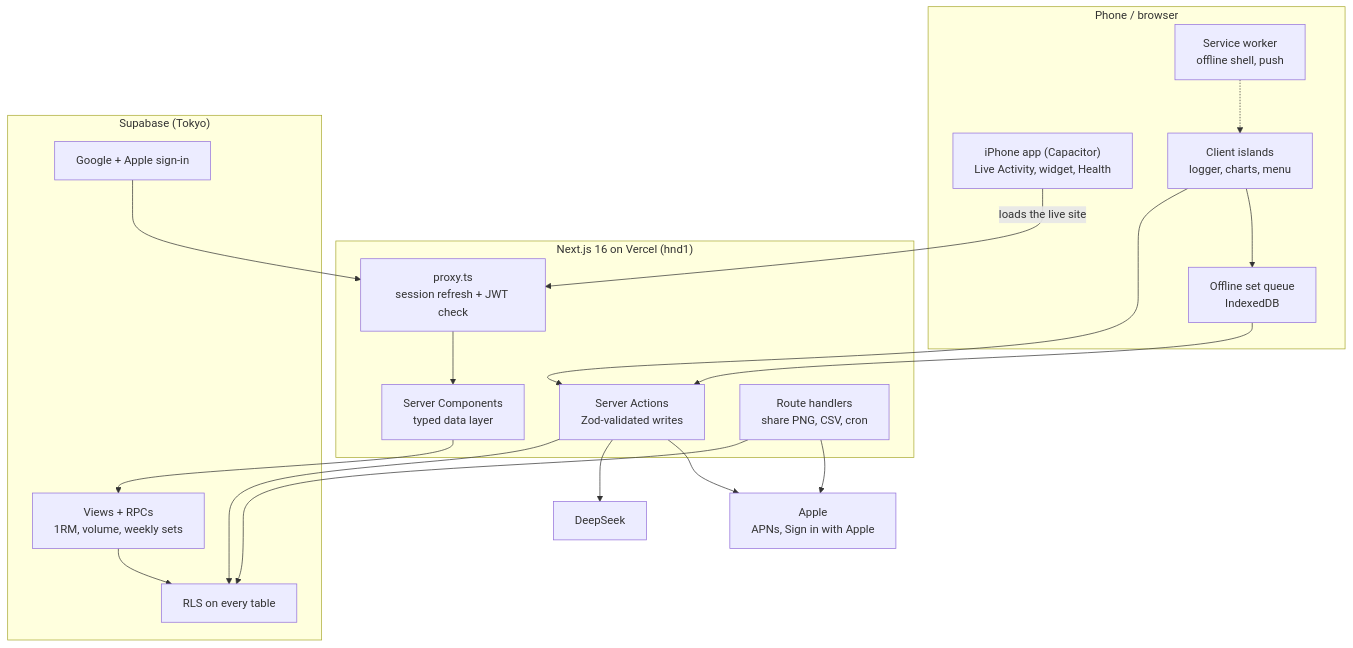
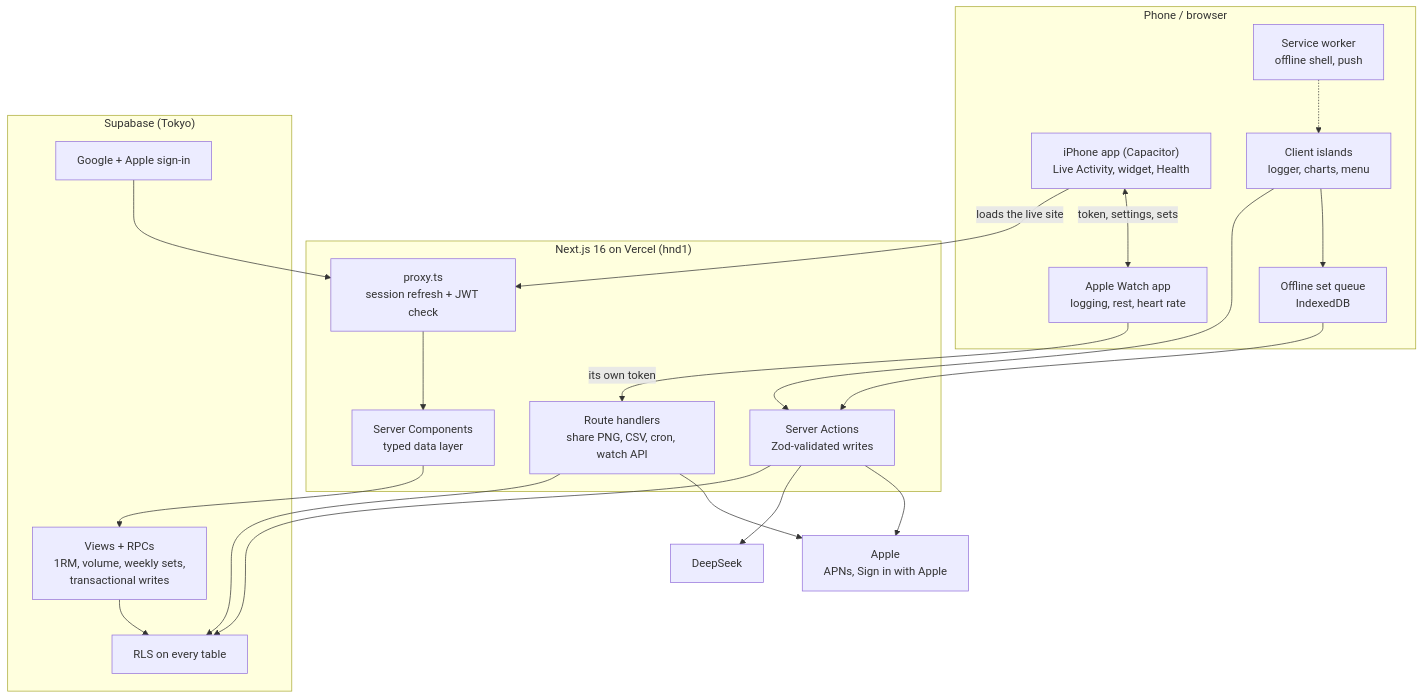
One commit to ckakkar/hellblazer changed the diagram in README.md. Above: the diagram before and after it, drawn with Mermaid. The commit also changed other lines of this file, not shown here.

First line of the commit message:
README: the watch app, 1.2, CI, and the schema in the repo

````diff
--- a/README.md
+++ b/README.md
@@ -207,40 +210,43 @@
 ```mermaid
 flowchart TD
     subgraph Client["Phone / browser"]
         IOS["iPhone app (Capacitor)<br/>Live Activity, widget, Health"]
+        WATCH["Apple Watch app<br/>logging, rest, heart rate"]
         SW["Service worker<br/>offline shell, push"]
         Q["Offline set queue<br/>IndexedDB"]
         UI["Client islands<br/>logger, charts, menu"]
     end
 
     subgraph Next["Next.js 16 on Vercel (hnd1)"]
         PX["proxy.ts<br/>session refresh + JWT check"]
         RSC["Server Components<br/>typed data layer"]
         SA["Server Actions<br/>Zod-validated writes"]
-        API["Route handlers<br/>share PNG, CSV, cron"]
+        API["Route handlers<br/>share PNG, CSV, cron, watch API"]
     end
 
     subgraph DB["Supabase (Tokyo)"]
         RLS["RLS on every table"]
-        AGG["Views + RPCs<br/>1RM, volume, weekly sets"]
+        AGG["Views + RPCs<br/>1RM, volume, weekly sets,<br/>transactional writes"]
         AUTH["Google + Apple sign-in"]
     end
 
     JUDGE["DeepSeek"]
     APPLE["Apple<br/>APNs, Sign in with Apple"]
 
     UI --> SA
     UI --> Q
     Q --> SA
     SW -.-> UI
     PX --> RSC
     RSC --> AGG
     SA --> RLS
     AGG --> RLS
     API --> RLS
     AUTH --> PX
     SA --> JUDGE
     IOS -->|loads the live site| PX
+    WATCH -->|its own token| API
+    IOS <-->|token, settings, sets| WATCH
     API --> APPLE
     SA --> APPLE
 ```
````
